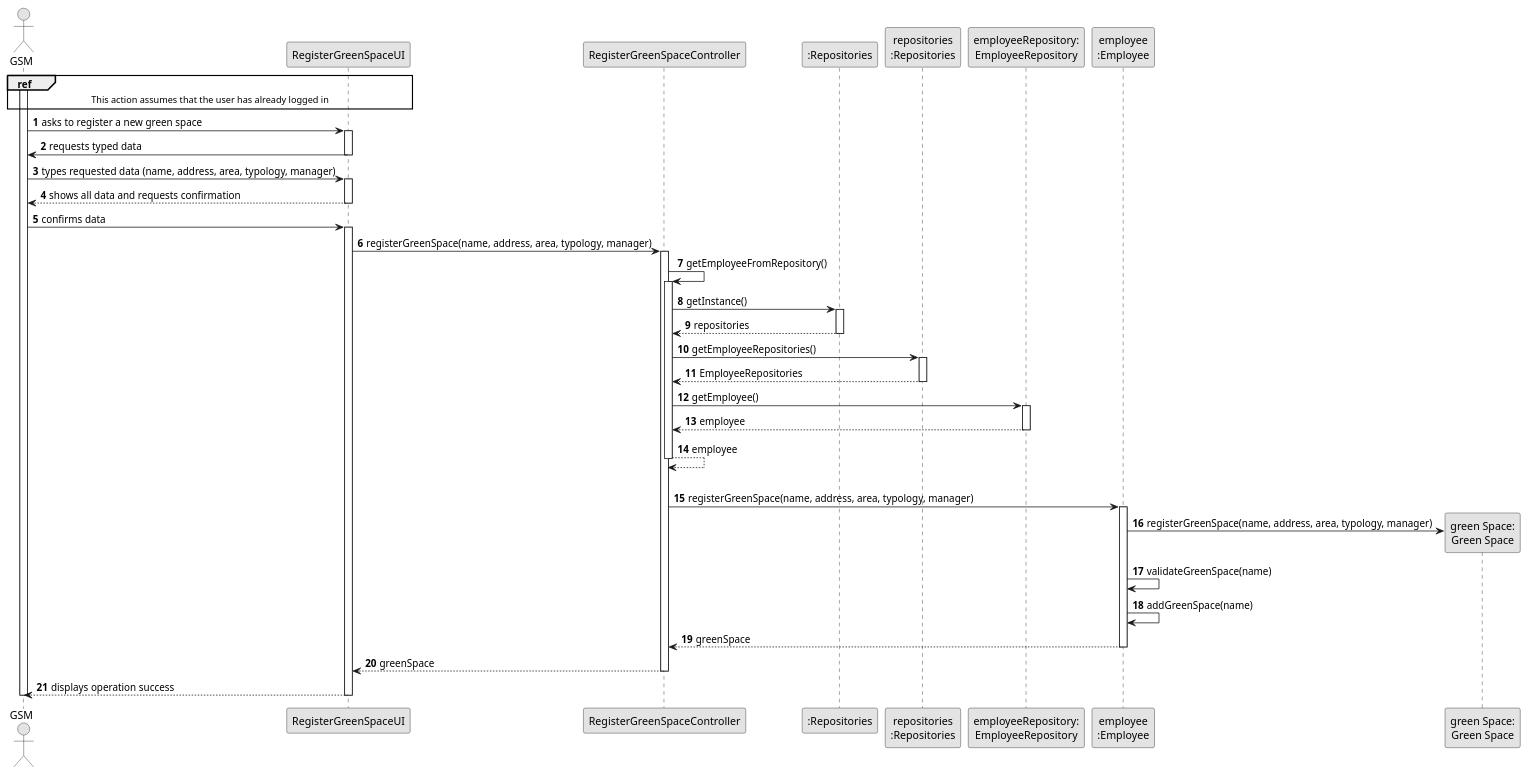
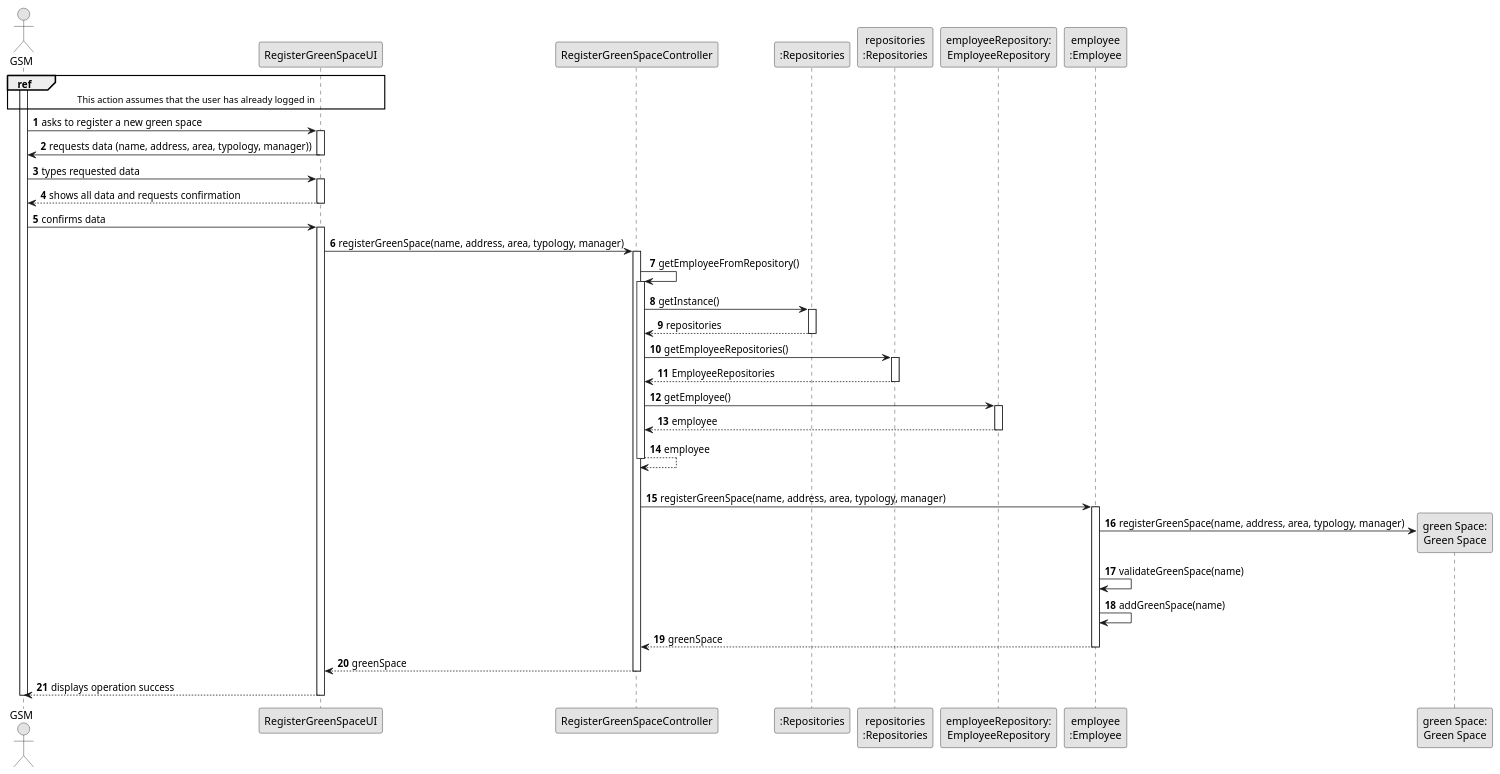
One commit to LopemigueISEP/lei-24-s2-1nb-g312 changed the diagram in docs/sprintC/US020/03.design/puml/us20-sequence-diagram-full.puml. Above: the diagram before and after it, drawn with PlantUML. The commit also changed 9 other files, not shown here.

```diff
--- a/docs/sprintC/US020/03.design/puml/us20-sequence-diagram-full.puml
+++ b/docs/sprintC/US020/03.design/puml/us20-sequence-diagram-full.puml
@@ -1,85 +1,85 @@
 @startuml
 skinparam monochrome true
 skinparam packageStyle rectangle
 skinparam shadowing false
 
 autonumber
 
 'hide footbox
 actor "GSM" as GSM
 participant RegisterGreenSpaceUI as UI
 participant RegisterGreenSpaceController as CTRL
 participant ":Repositories" as RepositorySingleton
 participant "repositories\n:Repositories" as PLAT
 participant "employeeRepository:\nEmployeeRepository" as EMPLREP
 
 participant "employee\n:Employee" as EMP
 participant "green Space:\nGreen Space" as GREENSPACE
 activate GSM
 
 ref over GSM, UI : This action assumes that the user has already logged in
 
 GSM -> UI : asks to register a new green space
 activate UI
 
-UI -> GSM : requests typed data
+UI -> GSM : requests data (name, address, area, typology, manager))
 deactivate UI
 
-GSM -> UI : types requested data (name, address, area, typology, manager)
+GSM -> UI : types requested data
 activate UI
 
 UI --> GSM : shows all data and requests confirmation
 deactivate UI
 
 GSM -> UI : confirms data
 activate UI
 
 UI -> CTRL : registerGreenSpace(name, address, area, typology, manager)
 activate CTRL
 CTRL->CTRL: getEmployeeFromRepository()
 
                 activate CTRL
                 CTRL -> RepositorySingleton : getInstance()
                 activate RepositorySingleton
 
                 RepositorySingleton --> CTRL : repositories
                 deactivate RepositorySingleton
 
                 CTRL -> PLAT : getEmployeeRepositories()
                 activate PLAT
 
 
                 PLAT --> CTRL : EmployeeRepositories
                 deactivate PLAT
 
 
                 CTRL -> EMPLREP: getEmployee()
                 activate EMPLREP
                 EMPLREP -->CTRL: employee
                 deactivate EMPLREP
 
             CTRL-->CTRL: employee
             deactivate CTRL
 
             |||
             CTRL -> EMP : registerGreenSpace(name, address, area, typology, manager)
             activate EMP
 
             EMP ->GREENSPACE** : registerGreenSpace(name, address, area, typology, manager)
 
             EMP -> EMP: validateGreenSpace(name)
             EMP -> EMP: addGreenSpace(name)
 
             EMP --> CTRL: greenSpace
             deactivate EMP
 
 
 
             CTRL --> UI: greenSpace
             deactivate CTRL
 
             UI --> GSM: displays operation success
             deactivate UI
 
 deactivate GSM
 @enduml
```
